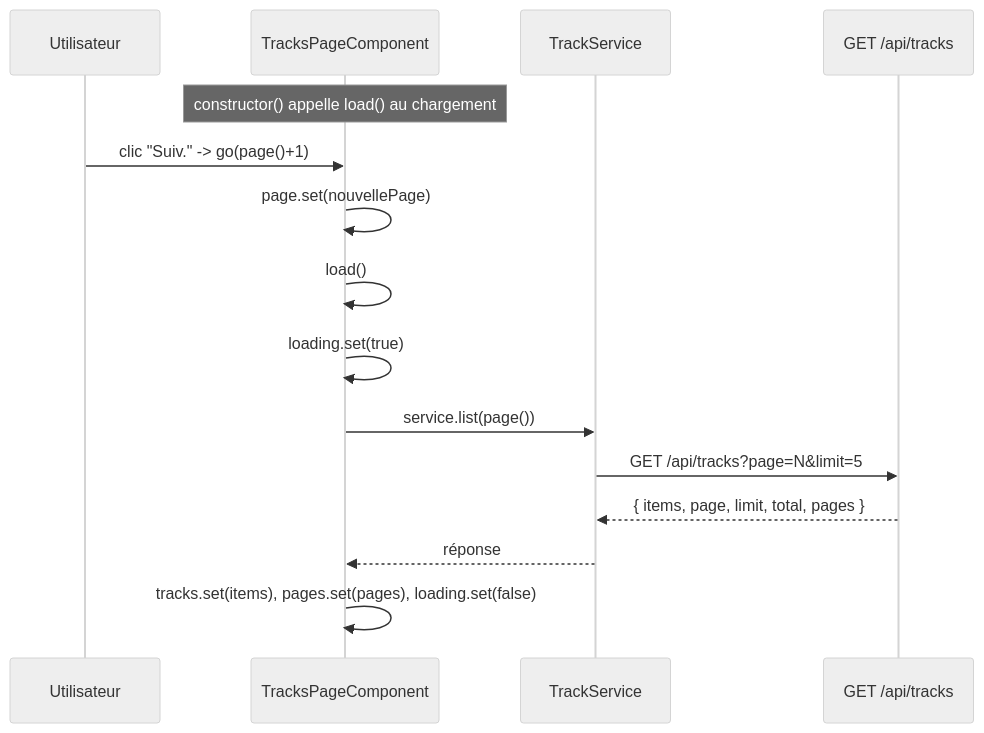
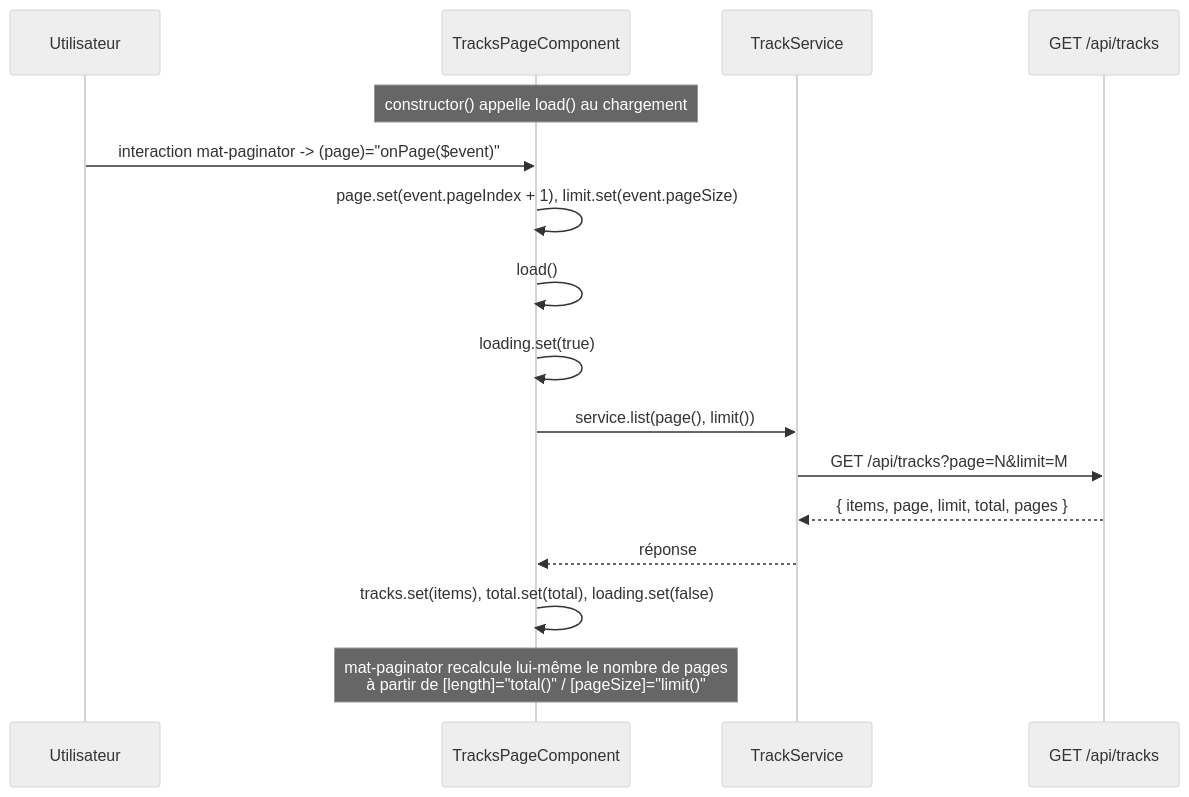
One commit to nini667-E/AngularM1_Miage_2026_2027_TP123 changed the fifth of 6 diagrams in frontend-starter/analyse.md. Above: the diagram before and after it, drawn with Mermaid (neutral theme). The commit also changed other lines of this file and 15 other files, not shown here.

````diff
--- a/frontend-starter/analyse.md
+++ b/frontend-starter/analyse.md
@@ -325,18 +345,19 @@
 ```mermaid
 sequenceDiagram
     participant U as Utilisateur
     participant C as TracksPageComponent
     participant S as TrackService
     participant API as GET /api/tracks
 
     Note over C: constructor() appelle load() au chargement
-    U->>C: clic "Suiv." -> go(page()+1)
-    C->>C: page.set(nouvellePage)
+    U->>C: interaction mat-paginator -> (page)="onPage($event)"
+    C->>C: page.set(event.pageIndex + 1), limit.set(event.pageSize)
     C->>C: load()
     C->>C: loading.set(true)
-    C->>S: service.list(page())
-    S->>API: GET /api/tracks?page=N&limit=5
+    C->>S: service.list(page(), limit())
+    S->>API: GET /api/tracks?page=N&limit=M
     API-->>S: { items, page, limit, total, pages }
     S-->>C: réponse
-    C->>C: tracks.set(items), pages.set(pages), loading.set(false)
+    C->>C: tracks.set(items), total.set(total), loading.set(false)
+    Note over C: mat-paginator recalcule lui-même le nombre de pages<br/>à partir de [length]="total()" / [pageSize]="limit()"
 ```
````
